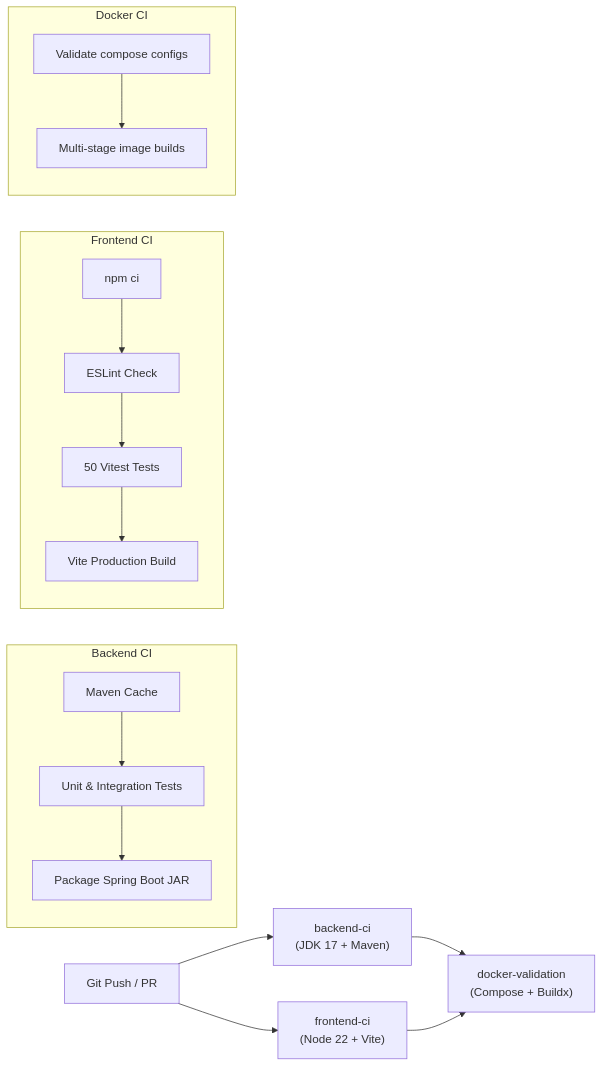
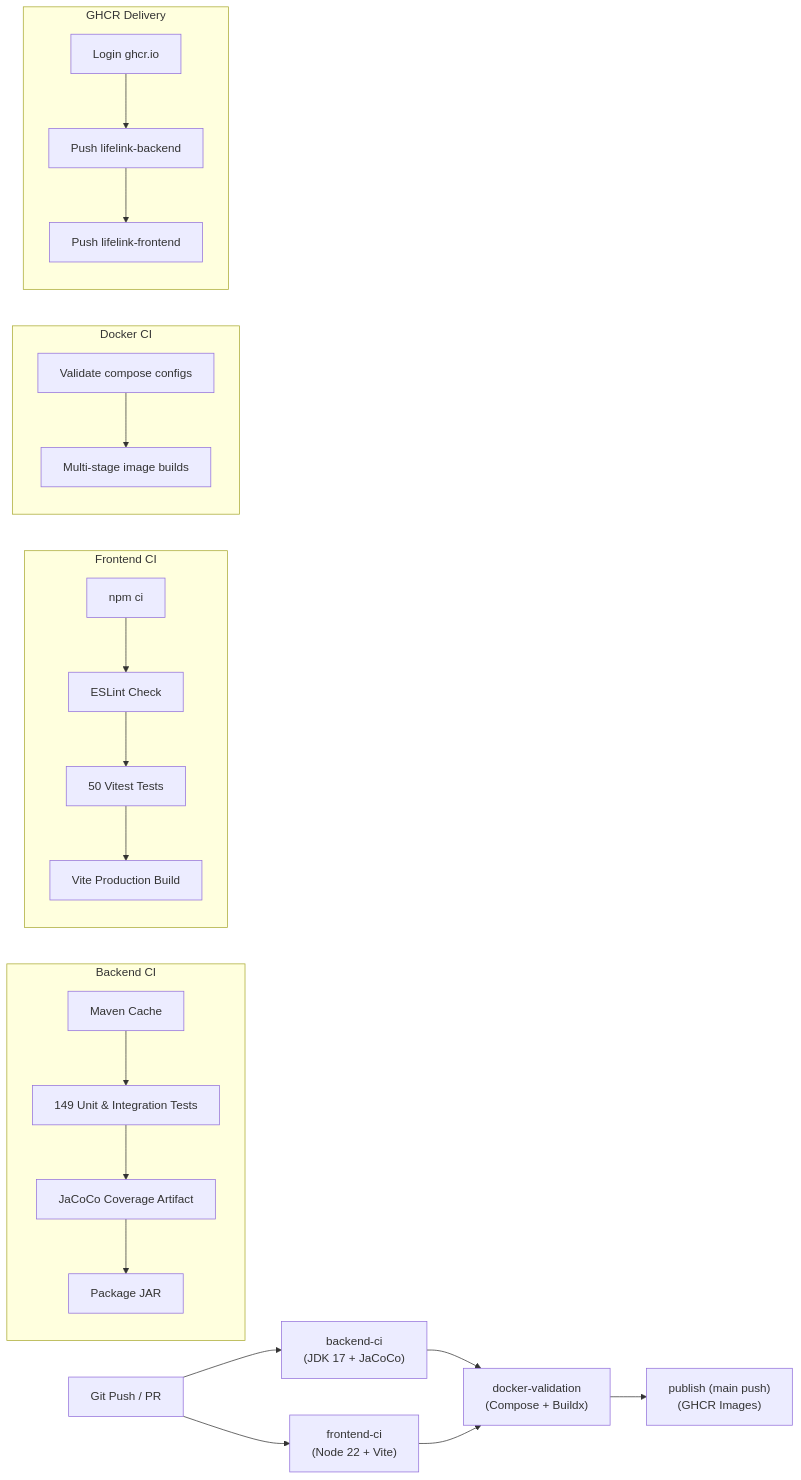
One commit to HarshadRawat/lifelink-blood-donor-system changed the diagram in README.md. Above: the diagram before and after it, drawn with Mermaid. The commit also changed other lines of this file and 1 other file, not shown here.

Commit message:
docs: add live CI, JaCoCo, and GHCR badges to README and document ADR 005

````diff
--- a/README.md
+++ b/README.md
@@ -290,19 +292,24 @@
 ```mermaid
 flowchart LR
-    A["Git Push / PR"] --> B["backend-ci\n(JDK 17 + Maven)"]
+    A["Git Push / PR"] --> B["backend-ci\n(JDK 17 + JaCoCo)"]
     A --> C["frontend-ci\n(Node 22 + Vite)"]
     B --> D["docker-validation\n(Compose + Buildx)"]
     C --> D
+    D --> E["publish (main push)\n(GHCR Images)"]
     
     subgraph B_details ["Backend CI"]
-      b1["Maven Cache"] --> b2["Unit & Integration Tests"] --> b3["Package Spring Boot JAR"]
+      b1["Maven Cache"] --> b2["149 Unit & Integration Tests"] --> b3["JaCoCo Coverage Artifact"] --> b4["Package JAR"]
     end
     
     subgraph C_details ["Frontend CI"]
       c1["npm ci"] --> c2["ESLint Check"] --> c3["50 Vitest Tests"] --> c4["Vite Production Build"]
     end
     
     subgraph D_details ["Docker CI"]
       d1["Validate compose configs"] --> d2["Multi-stage image builds"]
     end
+
+    subgraph E_details ["GHCR Delivery"]
+      e1["Login ghcr.io"] --> e2["Push lifelink-backend"] --> e3["Push lifelink-frontend"]
+    end
 ```
````
